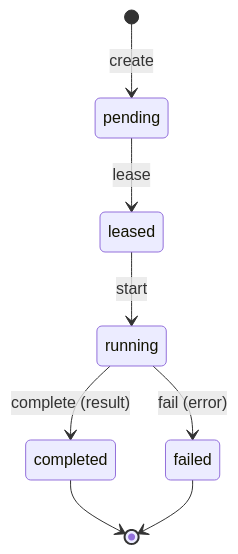
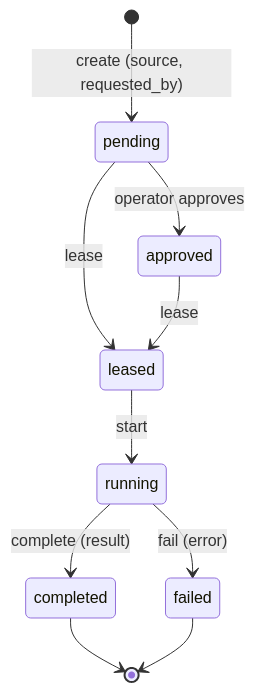
Before and after one commit to tsee9iii/opspilot: the third of 7 diagrams in docs/architecture.md, drawn with Mermaid. The commit also changed other lines of this file and 55 other files, not shown here.

````diff
--- a/docs/architecture.md
+++ b/docs/architecture.md
@@ -95,10 +108,12 @@
 ```mermaid
 stateDiagram-v2
-    [*] --> pending: create
+    [*] --> pending: create (source, requested_by)
     pending --> leased: lease
+    pending --> approved: operator approves
     leased --> running: start
     running --> completed: complete (result)
     running --> failed: fail (error)
+    approved --> leased: lease
     completed --> [*]
     failed --> [*]
 ```
````
